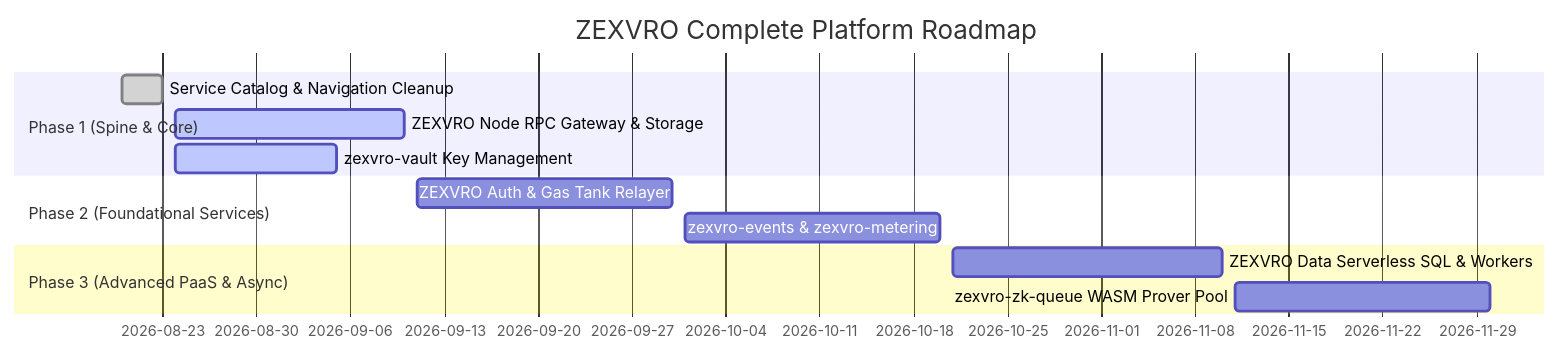
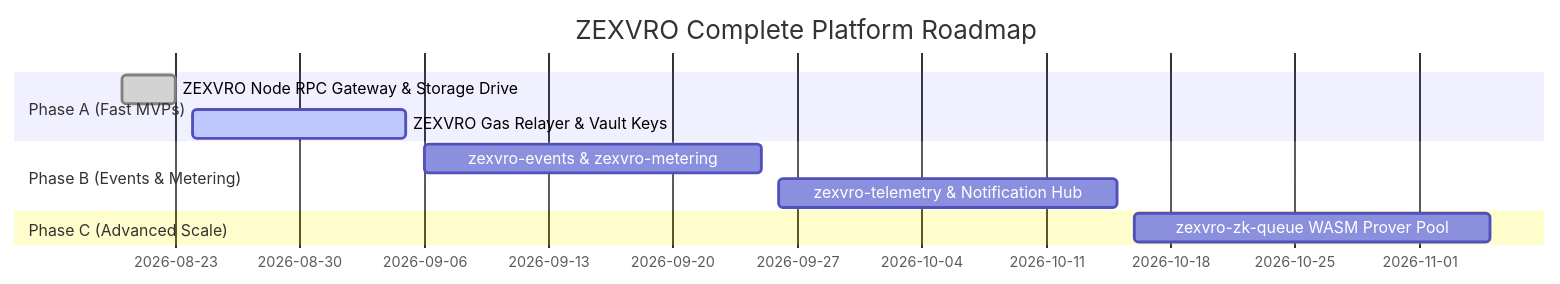
Before and after one commit to polymaths-org/zexvro: the diagram in docs/proposed-internal-services-and-product-gaps.md, drawn with Mermaid. The commit also changed other lines of this file and 4 other files, not shown here.

Commit message:
feat(catalog): add Fast-Track Investor MVP services (Node RPC, Storage, Gas Relayer) to catalog and proposed blueprint

````diff
--- a/docs/proposed-internal-services-and-product-gaps.md
+++ b/docs/proposed-internal-services-and-product-gaps.md
@@ -159,15 +123,13 @@
 ```mermaid
 gantt
     title ZEXVRO Complete Platform Roadmap
     dateFormat  YYYY-MM-DD
-    section Phase 1 (Spine & Core)
-    Service Catalog & Navigation Cleanup :done, p1, 2026-08-20, 2026-08-23
-    ZEXVRO Node RPC Gateway & Storage   :active, p2, 2026-08-24, 2026-09-10
-    zexvro-vault Key Management         :active, p3, 2026-08-24, 2026-09-05
-    section Phase 2 (Foundational Services)
-    ZEXVRO Auth & Gas Tank Relayer       :p4, 2026-09-11, 2026-09-30
-    zexvro-events & zexvro-metering     :p5, 2026-10-01, 2026-10-20
-    section Phase 3 (Advanced PaaS & Async)
-    ZEXVRO Data Serverless SQL & Workers:p6, 2026-10-21, 2026-11-10
-    zexvro-zk-queue WASM Prover Pool    :p7, 2026-11-11, 2026-11-30
+    section Phase A (Fast MVPs)
+    ZEXVRO Node RPC Gateway & Storage Drive :done, p1, 2026-08-20, 2026-08-23
+    ZEXVRO Gas Relayer & Vault Keys         :active, p2, 2026-08-24, 2026-09-05
+    section Phase B (Events & Metering)
+    zexvro-events & zexvro-metering          :p3, 2026-09-06, 2026-09-25
+    zexvro-telemetry & Notification Hub     :p4, 2026-09-26, 2026-10-15
+    section Phase C (Advanced Scale)
+    zexvro-zk-queue WASM Prover Pool         :p5, 2026-10-16, 2026-11-05
 ```
````
